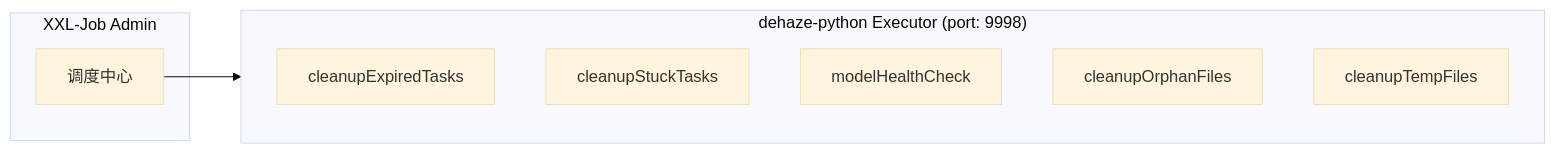
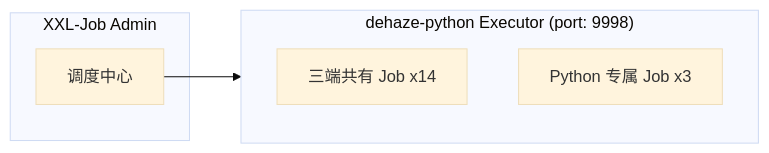
Before and after one commit to earthy-zinc/dehaze-system: the eighth of 10 diagrams in dehaze-doc/docs/04-项目实现/后端/03-Python算法服务架构文档.md, drawn with Mermaid (base theme). The commit also changed other lines of this file and 169 other files, not shown here.

````diff
--- a/dehaze-doc/docs/04-项目实现/后端/03-Python算法服务架构文档.md
+++ b/dehaze-doc/docs/04-项目实现/后端/03-Python算法服务架构文档.md
@@ -394,16 +433,13 @@
 ```mermaid
 flowchart LR
     subgraph XXLJob["XXL-Job Admin"]
         Scheduler["调度中心"]
     end
 
     subgraph PythonExecutor["dehaze-python Executor (port: 9998)"]
-        P1["cleanupExpiredTasks"]
-        P2["cleanupStuckTasks"]
-        P3["modelHealthCheck"]
-        P4["cleanupOrphanFiles"]
-        P5["cleanupTempFiles"]
+        P1["三端共有 Job x14"]
+        P2["Python 专属 Job x3"]
     end
 
     Scheduler --> PythonExecutor
 ```
````
